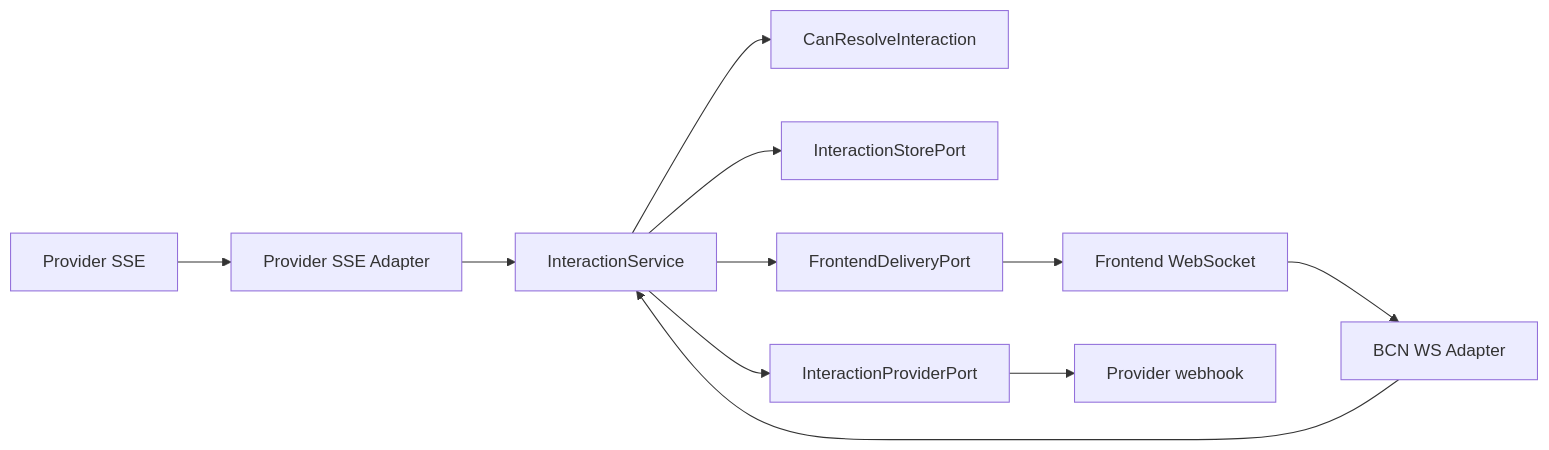
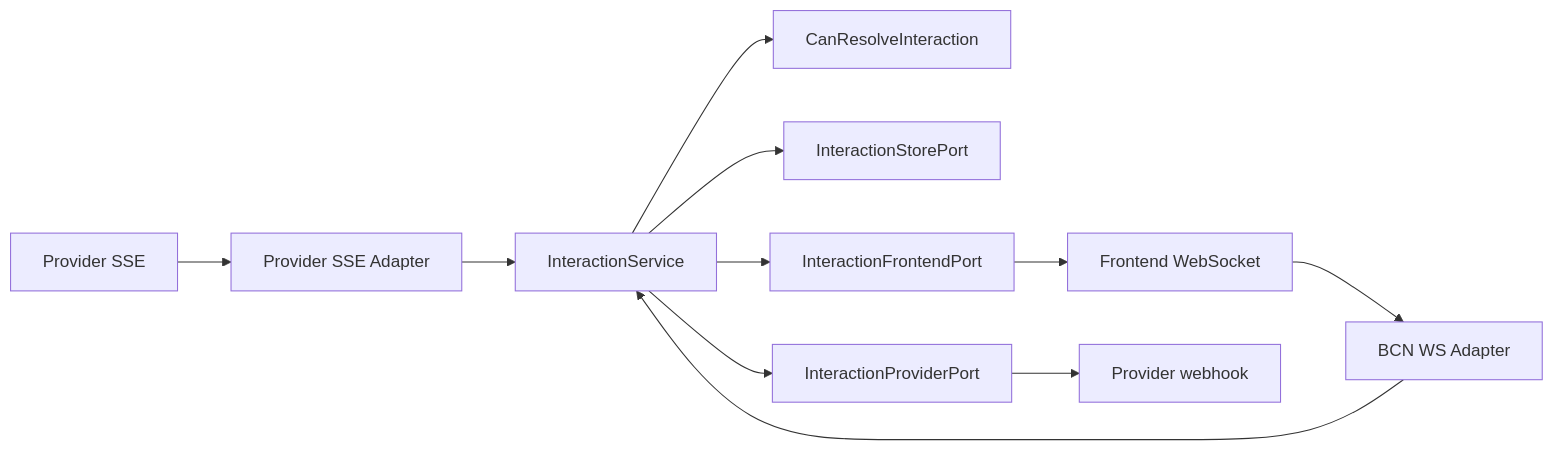
Before and after one commit to inclusionAI/Avernet: the first of 4 diagrams in src/bcs/docs/plans/2026-08-12-bcn-provider-sse-hitl-design.md, drawn with Mermaid. The commit also changed other lines of this file and 43 other files, not shown here.

````diff
--- a/src/bcs/docs/plans/2026-08-12-bcn-provider-sse-hitl-design.md
+++ b/src/bcs/docs/plans/2026-08-12-bcn-provider-sse-hitl-design.md
@@ -65,15 +65,15 @@
 ```mermaid
 flowchart LR
     P["Provider SSE"] --> SSE["Provider SSE Adapter"]
     SSE --> IS["InteractionService"]
 
     FE["Frontend WebSocket"] --> WS["BCN WS Adapter"]
     WS --> IS
 
     IS --> AUTH["CanResolveInteraction"]
     IS --> STORE["InteractionStorePort"]
     IS --> PROVIDER["InteractionProviderPort"]
-    IS --> FRONTEND["FrontendDeliveryPort"]
+    IS --> FRONTEND["InteractionFrontendPort"]
     PROVIDER --> WEBHOOK["Provider webhook"]
     FRONTEND --> FE
 ```
````
